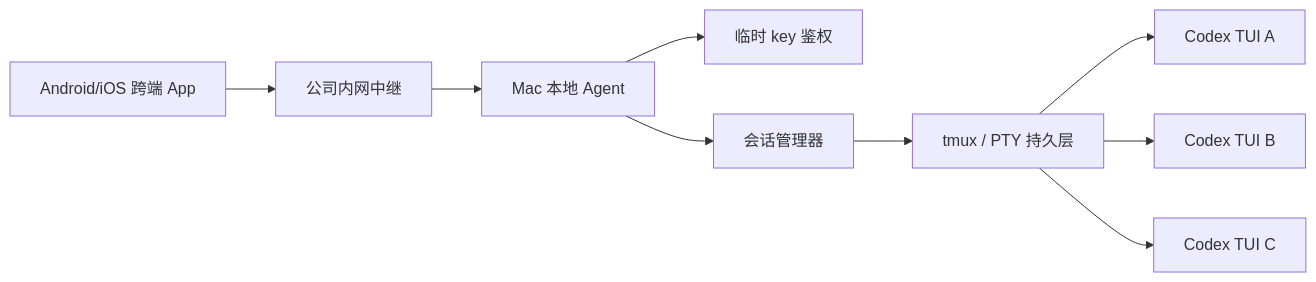
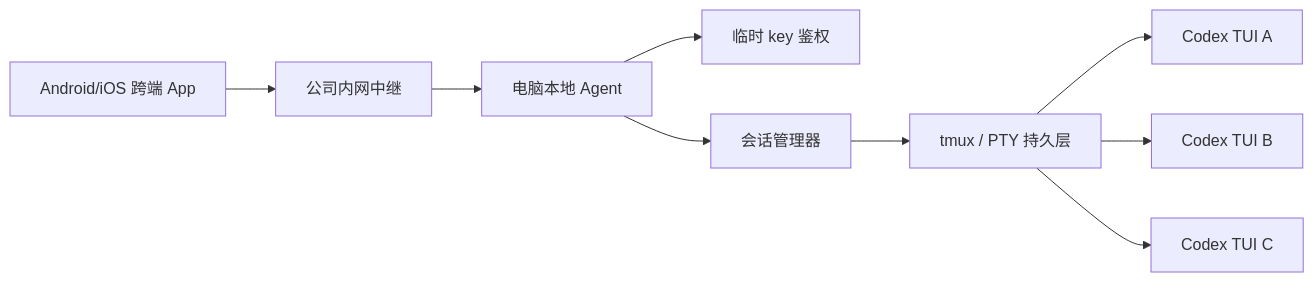
The first of 4 diagrams in docs/mobile-codex-tui-workbench-design.md (zhangbozhb/OmniWork), drawn with Mermaid before and after one commit. The commit also changed other lines of this file and 89 other files, not shown here.

````diff
--- a/docs/mobile-codex-tui-workbench-design.md
+++ b/docs/mobile-codex-tui-workbench-design.md
@@ -78,11 +78,11 @@
 ```mermaid
 flowchart LR
   Phone["Android/iOS 跨端 App"] --> Relay["公司内网中继"]
-  Relay --> MacAgent["Mac 本地 Agent"]
-  MacAgent --> Auth["临时 key 鉴权"]
-  MacAgent --> SessionMgr["会话管理器"]
+  Relay --> 电脑Agent["电脑本地 Agent"]
+  电脑Agent --> Auth["临时 key 鉴权"]
+  电脑Agent --> SessionMgr["会话管理器"]
   SessionMgr --> Tmux["tmux / PTY 持久层"]
   Tmux --> CodexA["Codex TUI A"]
   Tmux --> CodexB["Codex TUI B"]
   Tmux --> CodexC["Codex TUI C"]
 ```
````
